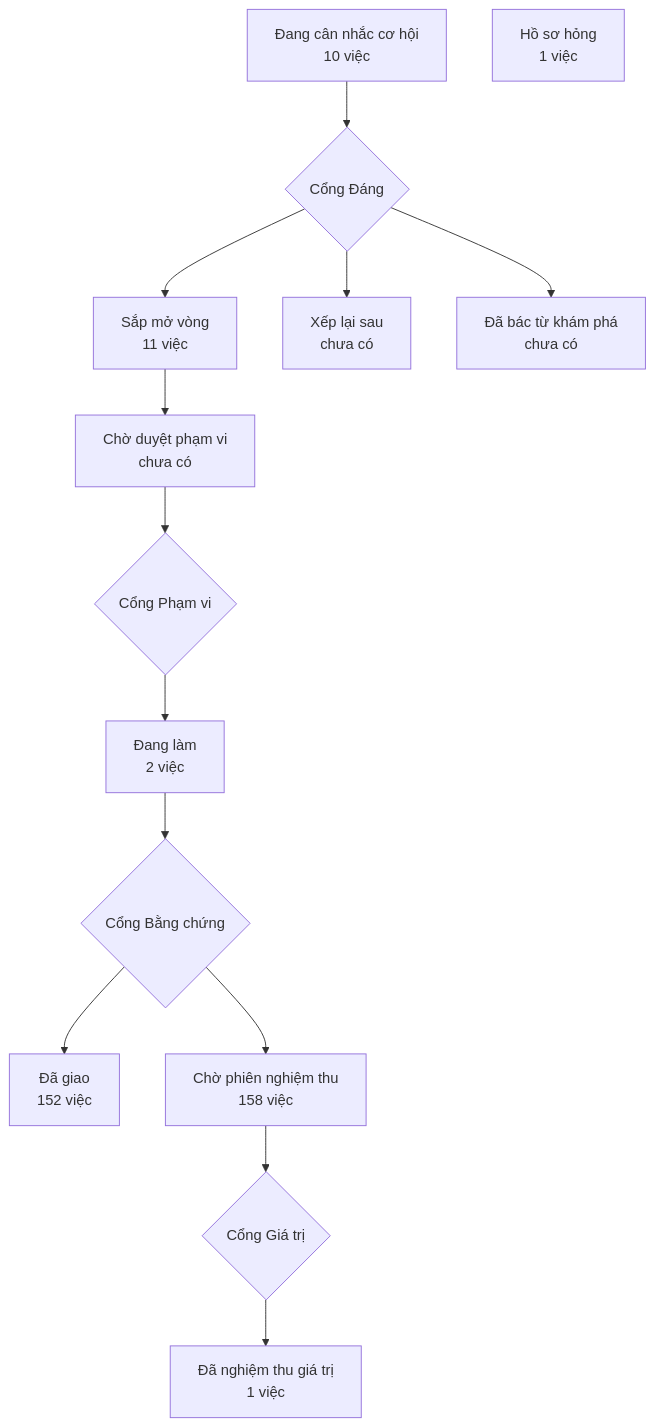
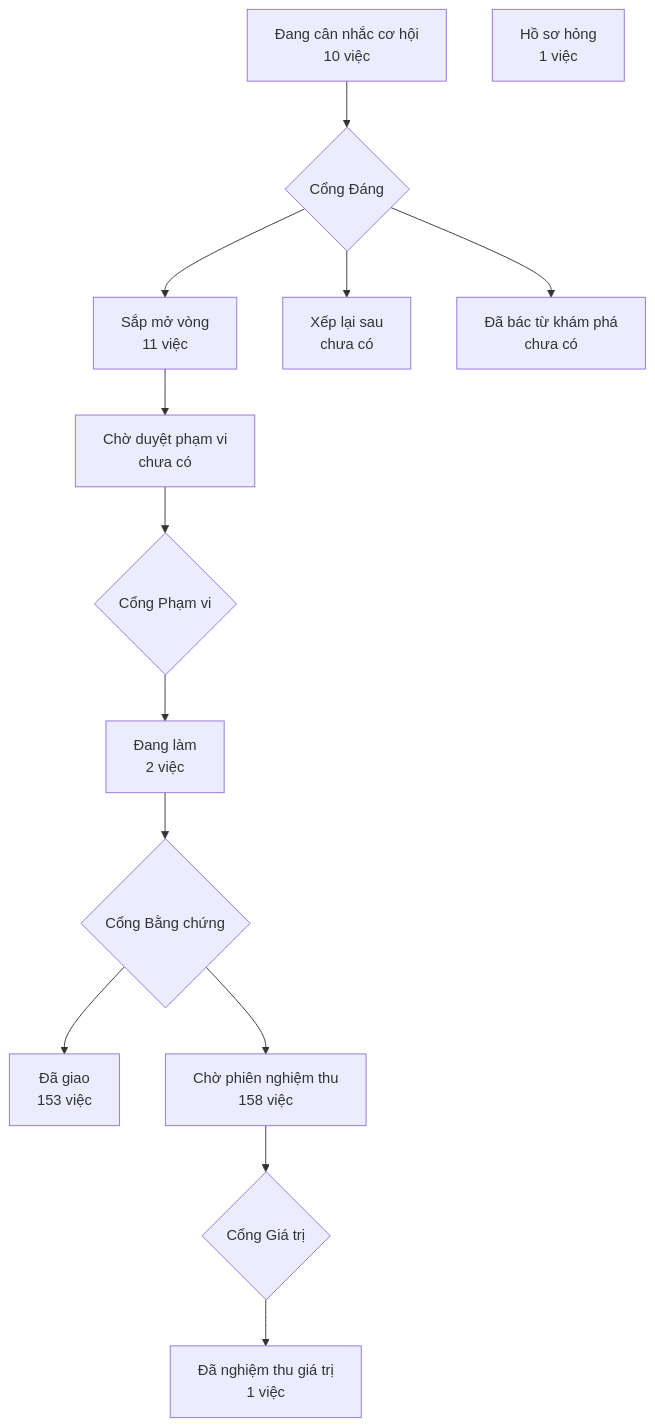
One commit to phanlemanh/crm-onehub changed the diagram in PRODUCT-MAP.md. Above: the diagram before and after it, drawn with Mermaid. The commit also changed other lines of this file and 1 other file, not shown here.

Commit message:
docs(khung-cho-don-vi-mot-hinh): vẽ lại bản đồ sau gộp onehub (#514)

````diff
--- a/PRODUCT-MAP.md
+++ b/PRODUCT-MAP.md
@@ -7,13 +7,13 @@
 ```mermaid
 flowchart TD
   A["Đang cân nhắc cơ hội<br/>10 việc"] --> GD{"Cổng Đáng"}
   GD --> B["Sắp mở vòng<br/>11 việc"]
   GD --> XL["Xếp lại sau<br/>chưa có"]
   GD --> DB["Đã bác từ khám phá<br/>chưa có"]
   B --> CD["Chờ duyệt phạm vi<br/>chưa có"] --> GP{"Cổng Phạm vi"}
   GP --> DL["Đang làm<br/>2 việc"] --> GB{"Cổng Bằng chứng"}
-  GB --> DG["Đã giao<br/>152 việc"]
+  GB --> DG["Đã giao<br/>153 việc"]
   GB --> CN["Chờ phiên nghiệm thu<br/>158 việc"] --> GG{"Cổng Giá trị"}
   GG --> NT["Đã nghiệm thu giá trị<br/>1 việc"]
   HS["Hồ sơ hỏng<br/>1 việc"]
 ```
````
